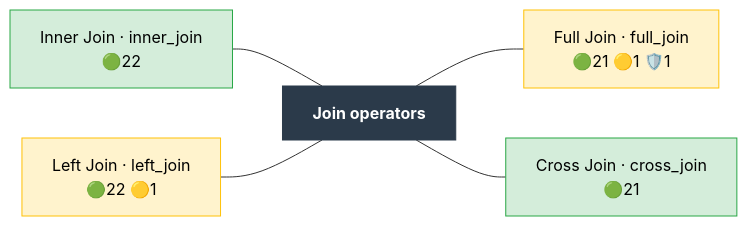
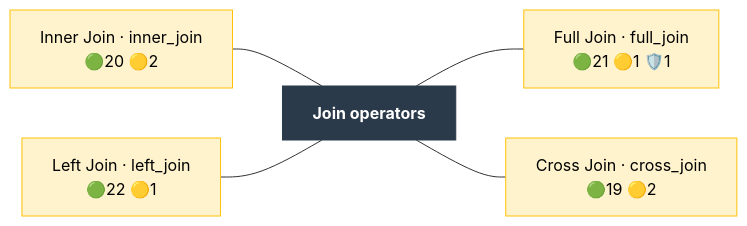
Before and after one commit to Meaningful-Data/vtlengine: the diagram in docs/operator_map/join/index.rst, drawn with Mermaid. The commit also changed other lines of this file and 107 other files, not shown here.

First line of the commit message:
Expect the inner and cross join examples to refuse a plain attribute (#1258)

```diff
--- a/docs/operator_map/join/index.rst
+++ b/docs/operator_map/join/index.rst
@@ -24,24 +24,24 @@
 .. mermaid::
    :config: {"flowchart": {"useMaxWidth": false}}
 
    flowchart LR
        classDef ok fill:#d4edda,stroke:#28a745,color:#000
        classDef partial fill:#fff3cd,stroke:#ffc107,color:#000
        classDef refused fill:#d4edda,stroke:#28a745,stroke-width:3px,stroke-dasharray: 2 2,color:#000
        classDef missing fill:#f8d7da,stroke:#dc3545,color:#000
        classDef diverge fill:#cce5ff,stroke:#007bff,color:#000
        classDef block fill:#2b3a4a,stroke:#2b3a4a,color:#fff,font-weight:bold
        classDef ext fill:#fff,stroke:#666,color:#000,stroke-dasharray: 5 5
        B["Join operators"]:::block
-       join__inner_join["Inner Join · inner_join<br/>🟢22"]:::ok
+       join__inner_join["Inner Join · inner_join<br/>🟢20 🟡2"]:::partial
        join__left_join["Left Join · left_join<br/>🟢22 🟡1"]:::partial
        join__full_join["Full Join · full_join<br/>🟢21 🟡1 🛡️1"]:::partial
-       join__cross_join["Cross Join · cross_join<br/>🟢21"]:::ok
+       join__cross_join["Cross Join · cross_join<br/>🟢19 🟡2"]:::partial
        join__inner_join --- B
        join__left_join --- B
        B --- join__full_join
        B --- join__cross_join
        click join__inner_join href "inner_join.html"
        click join__left_join href "left_join.html"
        click join__full_join href "full_join.html"
        click join__cross_join href "cross_join.html"
```
